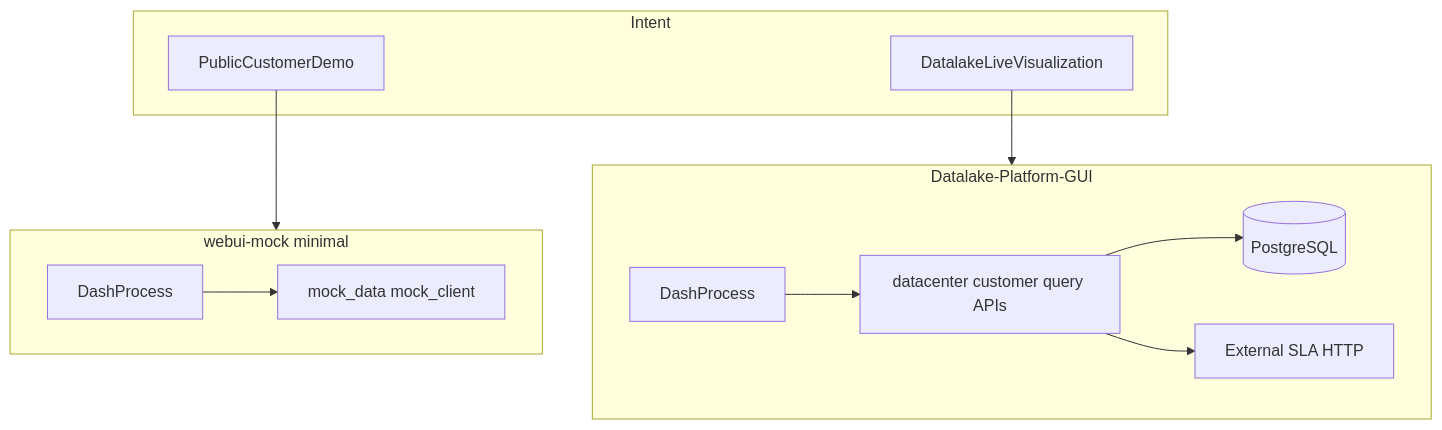
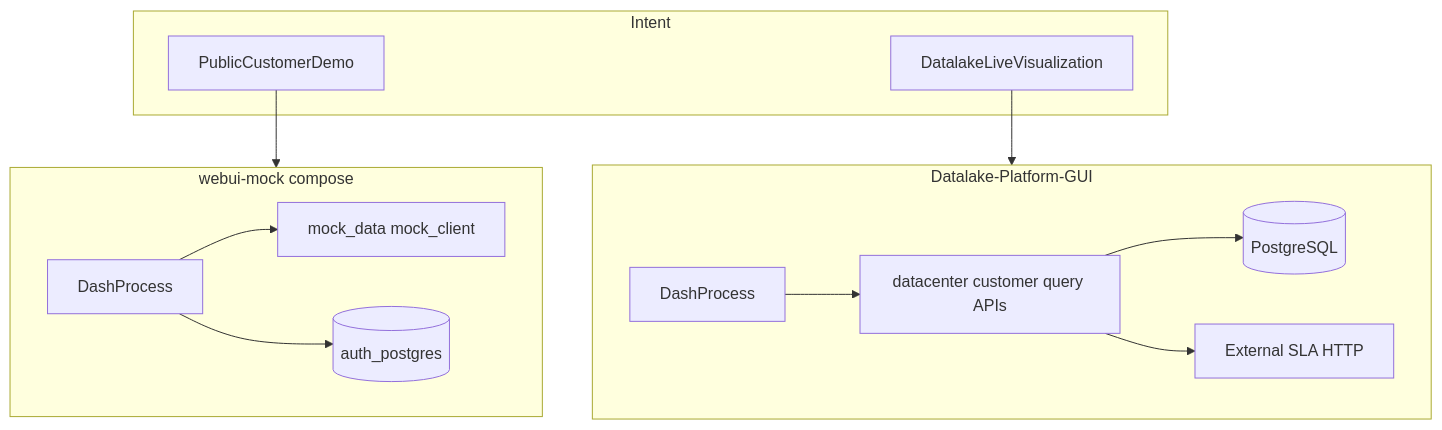
The diagram in wiki/05-WebUI-GUI-vs-Mock.md (Duosis-Developer-Team/datalake-platform-knowledge-base), drawn with Mermaid before and after one commit. The commit also changed other lines of this file, not shown here.

First line of the commit message:
Update 05-WebUI-GUI-vs-Mock: mock now includes auth-db and GUI auth parity

````diff
--- a/wiki/05-WebUI-GUI-vs-Mock.md
+++ b/wiki/05-WebUI-GUI-vs-Mock.md
@@ -15,23 +15,25 @@
 ```mermaid
 flowchart TB
   subgraph intent [Intent]
     Demo[PublicCustomerDemo]
     Ops[DatalakeLiveVisualization]
   end
-  subgraph mockStack [webui-mock minimal]
+  subgraph mockStack [webui-mock compose]
     DashM[DashProcess]
     MockData[mock_data mock_client]
+    AuthPG[(auth_postgres)]
     DashM --> MockData
+    DashM --> AuthPG
   end
   subgraph guiStack [Datalake-Platform-GUI]
     DashG[DashProcess]
     APIs[datacenter customer query APIs]
     PG[(PostgreSQL)]
     Ext[External SLA HTTP]
     DashG --> APIs
     APIs --> PG
     APIs --> Ext
   end
   Demo --> mockStack
   Ops --> guiStack
 ```
````
